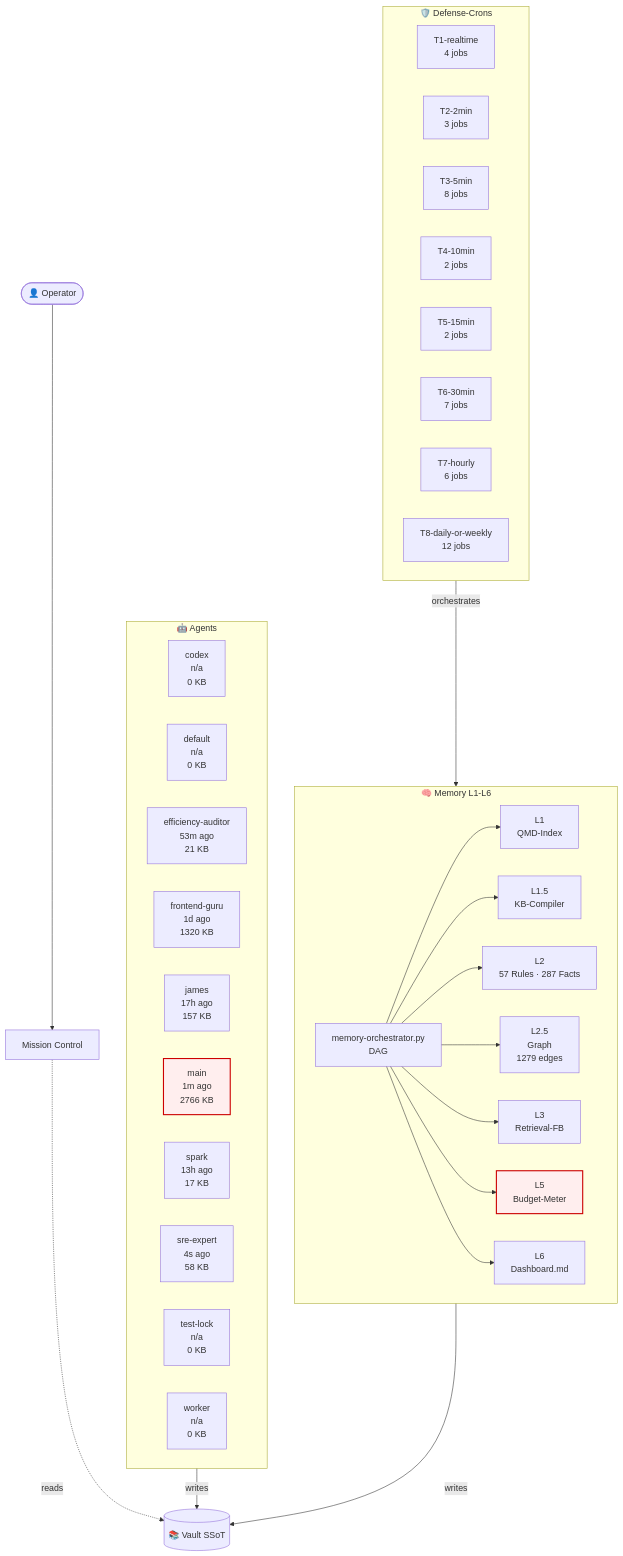
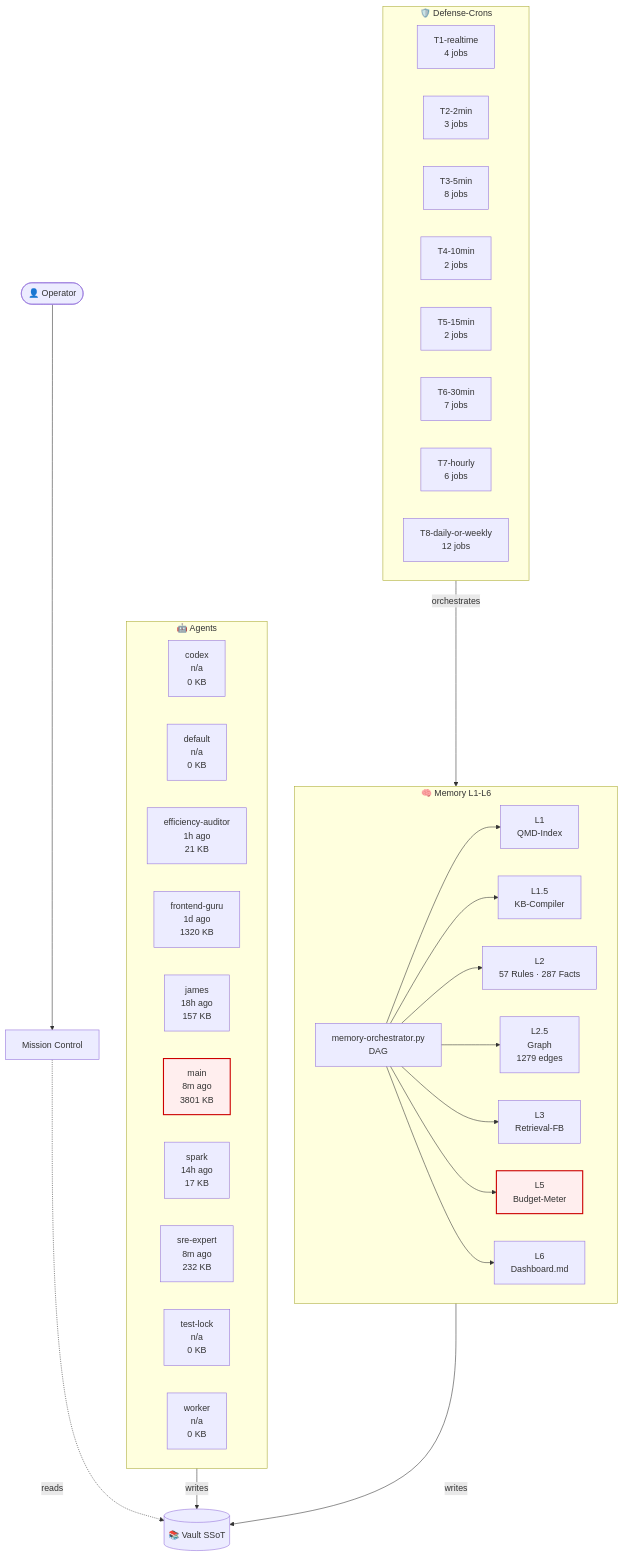
The diagram in 03-Agents/architecture-live.md (lenardhuebner88-rgb/openclaw-memory), drawn with Mermaid before and after one commit. The commit also changed other lines of this file and 14 other files, not shown here.

````diff
--- a/03-Agents/architecture-live.md
+++ b/03-Agents/architecture-live.md
@@ -18,53 +18,53 @@
 ```mermaid
 flowchart TB
     classDef critical fill:#fee,stroke:#c00,stroke-width:2px;
     subgraph AGT["🤖 Agents"]
         agent_codex["codex<br/>n/a<br/>0 KB"]
         agent_default["default<br/>n/a<br/>0 KB"]
-        agent_efficiency_auditor["efficiency-auditor<br/>53m ago<br/>21 KB"]
+        agent_efficiency_auditor["efficiency-auditor<br/>1h ago<br/>21 KB"]
         agent_frontend_guru["frontend-guru<br/>1d ago<br/>1320 KB"]
-        agent_james["james<br/>17h ago<br/>157 KB"]
-        agent_main["main<br/>1m ago<br/>2766 KB"]
-        agent_spark["spark<br/>13h ago<br/>17 KB"]
-        agent_sre_expert["sre-expert<br/>4s ago<br/>58 KB"]
+        agent_james["james<br/>18h ago<br/>157 KB"]
+        agent_main["main<br/>8m ago<br/>3801 KB"]
+        agent_spark["spark<br/>14h ago<br/>17 KB"]
+        agent_sre_expert["sre-expert<br/>8m ago<br/>232 KB"]
         agent_test_lock["test-lock<br/>n/a<br/>0 KB"]
         agent_worker["worker<br/>n/a<br/>0 KB"]
     end
     subgraph MEM["🧠 Memory L1-L6"]
         L1["L1<br/>QMD-Index"]
         L15["L1.5<br/>KB-Compiler"]
         L2["L2<br/>57 Rules · 287 Facts"]
         L25["L2.5<br/>Graph<br/>1279 edges"]
         L3["L3<br/>Retrieval-FB"]
         L5["L5<br/>Budget-Meter"]
         L6["L6<br/>Dashboard.md"]
         ORCH["memory-orchestrator.py<br/>DAG"]
     end
     subgraph CRN["🛡️ Defense-Crons"]
         tier_T1_realtime["T1-realtime<br/>4 jobs"]
         tier_T2_2min["T2-2min<br/>3 jobs"]
         tier_T3_5min["T3-5min<br/>8 jobs"]
         tier_T4_10min["T4-10min<br/>2 jobs"]
         tier_T5_15min["T5-15min<br/>2 jobs"]
         tier_T6_30min["T6-30min<br/>7 jobs"]
         tier_T7_hourly["T7-hourly<br/>6 jobs"]
         tier_T8_daily_or_weekly["T8-daily-or-weekly<br/>12 jobs"]
     end
     VAULT[("📚 Vault SSoT")]
     OP([👤 Operator])
     MC["Mission Control"]
     OP --> MC
     MC -.reads.-> VAULT
     AGT -->|writes| VAULT
     MEM -->|writes| VAULT
     ORCH --> L1
     ORCH --> L15
     ORCH --> L2
     ORCH --> L25
     ORCH --> L3
     ORCH --> L5
     ORCH --> L6
     CRN -->|orchestrates| MEM
     class L5 critical
     class agent_main critical
 ```
````
